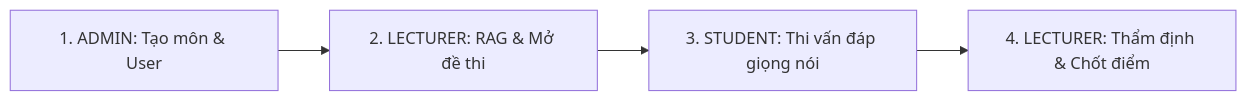
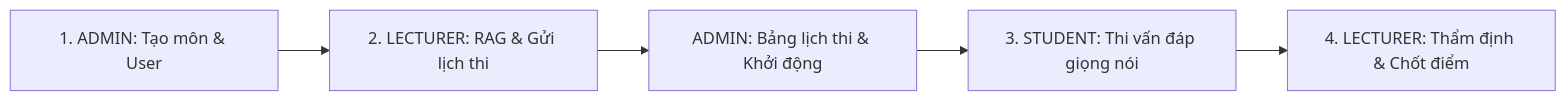
The diagram in docs/AIVES - E2E Test Flow (Production AWS).md (tmqthedev/swd392_team7_product), drawn with Mermaid before and after one commit. The commit also changed other lines of this file and 12 other files, not shown here.

First line of the commit message:
docs(step12): exam schedule feature + Lambda STT/TTS architecture

````diff
--- a/docs/AIVES - E2E Test Flow (Production AWS).md
+++ b/docs/AIVES - E2E Test Flow (Production AWS).md
@@ -28,6 +29,7 @@
 ```mermaid
 graph LR
-    A[1. ADMIN: Tạo môn & User] --> B[2. LECTURER: RAG & Mở đề thi]
-    B --> C[3. STUDENT: Thi vấn đáp giọng nói]
+    A[1. ADMIN: Tạo môn & User] --> B[2. LECTURER: RAG & Gửi lịch thi]
+    B --> S[ADMIN: Bảng lịch thi & Khởi động]
+    S --> C[3. STUDENT: Thi vấn đáp giọng nói]
     C --> D[4. LECTURER: Thẩm định & Chốt điểm]
 ```
````
